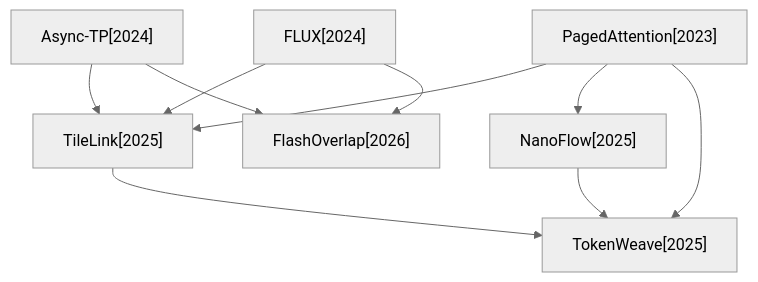
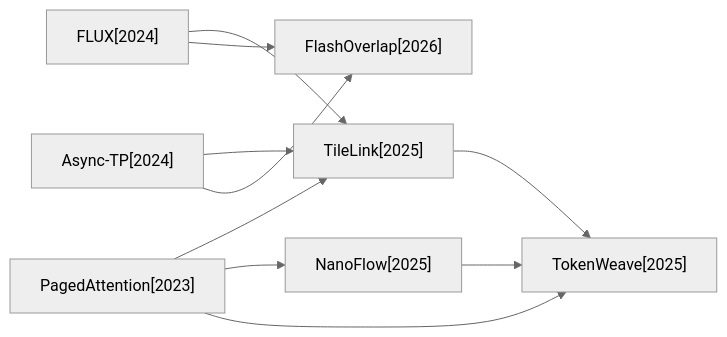
One commit to hustzxd/EfficientPaper changed the first of 4 diagrams in docs/baseline_methods_graph.md. Above: the diagram before and after it, drawn with Mermaid (neutral theme). The commit also changed other lines of this file and 29 other files, not shown here.

````diff
--- a/docs/baseline_methods_graph.md
+++ b/docs/baseline_methods_graph.md
@@ -7,19 +7,19 @@
 ```mermaid
-flowchart TD
+flowchart LR
+    2025_NanoFlow["NanoFlow[2025]"]
+    2026_FlashOverlap["FlashOverlap[2026]"]
     2025_TileLink["TileLink[2025]"]
+    2024_FLUX["FLUX[2024]"]
     2025_TokenWeave["TokenWeave[2025]"]
+    2024_Async_TP["Async-TP[2024]"]
     2023_PagedAttention["PagedAttention[2023]"]
-    2026_FlashOverlap["FlashOverlap[2026]"]
-    2024_Async_TP["Async-TP[2024]"]
-    2024_FLUX["FLUX[2024]"]
-    2025_NanoFlow["NanoFlow[2025]"]
+    2025_NanoFlow --> 2025_TokenWeave
     2025_TileLink --> 2025_TokenWeave
+    2024_FLUX --> 2025_TileLink
+    2024_FLUX --> 2026_FlashOverlap
+    2024_Async_TP --> 2025_TileLink
+    2024_Async_TP --> 2026_FlashOverlap
     2023_PagedAttention --> 2025_TileLink
     2023_PagedAttention --> 2025_NanoFlow
     2023_PagedAttention --> 2025_TokenWeave
-    2024_Async_TP --> 2025_TileLink
-    2024_Async_TP --> 2026_FlashOverlap
-    2024_FLUX --> 2025_TileLink
-    2024_FLUX --> 2026_FlashOverlap
-    2025_NanoFlow --> 2025_TokenWeave
 ```
````
